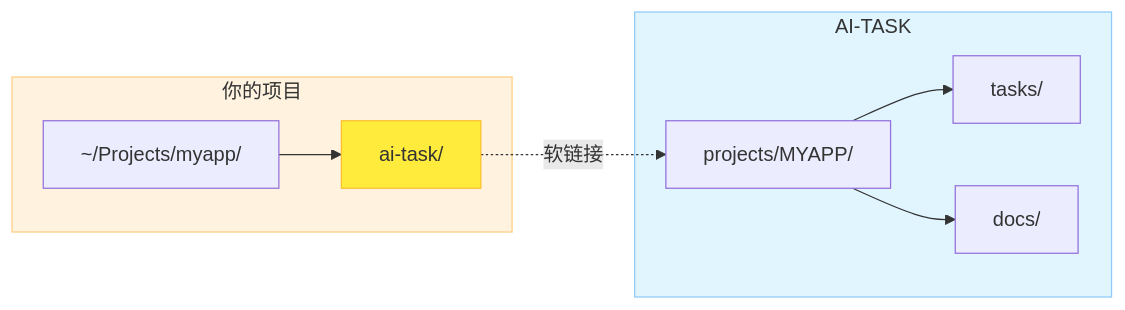
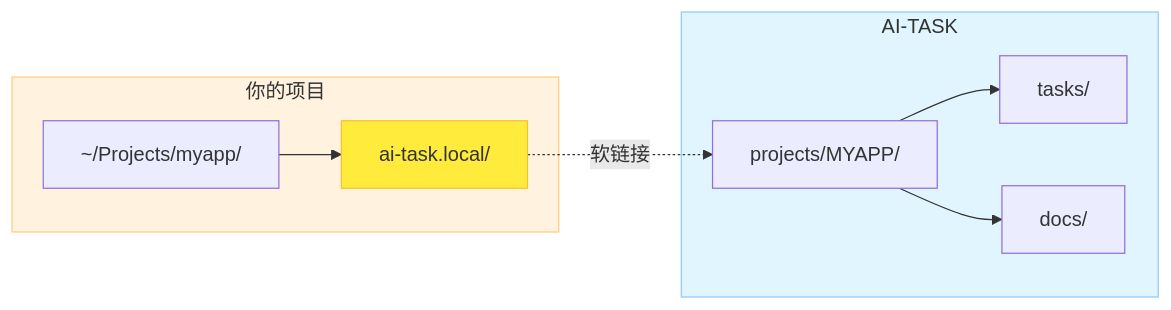
One commit to ArnoFrost/AI-TASK changed the third of 3 diagrams in docs/ARCHITECTURE.md. Above: the diagram before and after it, drawn with Mermaid. The commit also changed other lines of this file and 13 other files, not shown here.

````diff
--- a/docs/ARCHITECTURE.md
+++ b/docs/ARCHITECTURE.md
@@ -128,22 +128,22 @@
 ```mermaid
 flowchart LR
     subgraph YOUR_PROJECT["你的项目"]
         A["~/Projects/myapp/"]
-        B["ai-task/"]
+        B["ai-task.local/"]
     end
 
     subgraph AITASK["AI-TASK"]
         C["projects/MYAPP/"]
         D["tasks/"]
         E["docs/"]
     end
 
     A --> B
     B -.->|"软链接"| C
     C --> D
     C --> E
 
     style YOUR_PROJECT fill:#fff3e0,stroke:#ffcc80
     style B fill:#ffeb3b,stroke:#fbc02d
     style AITASK fill:#e1f5fe,stroke:#90caf9
 ```
````
